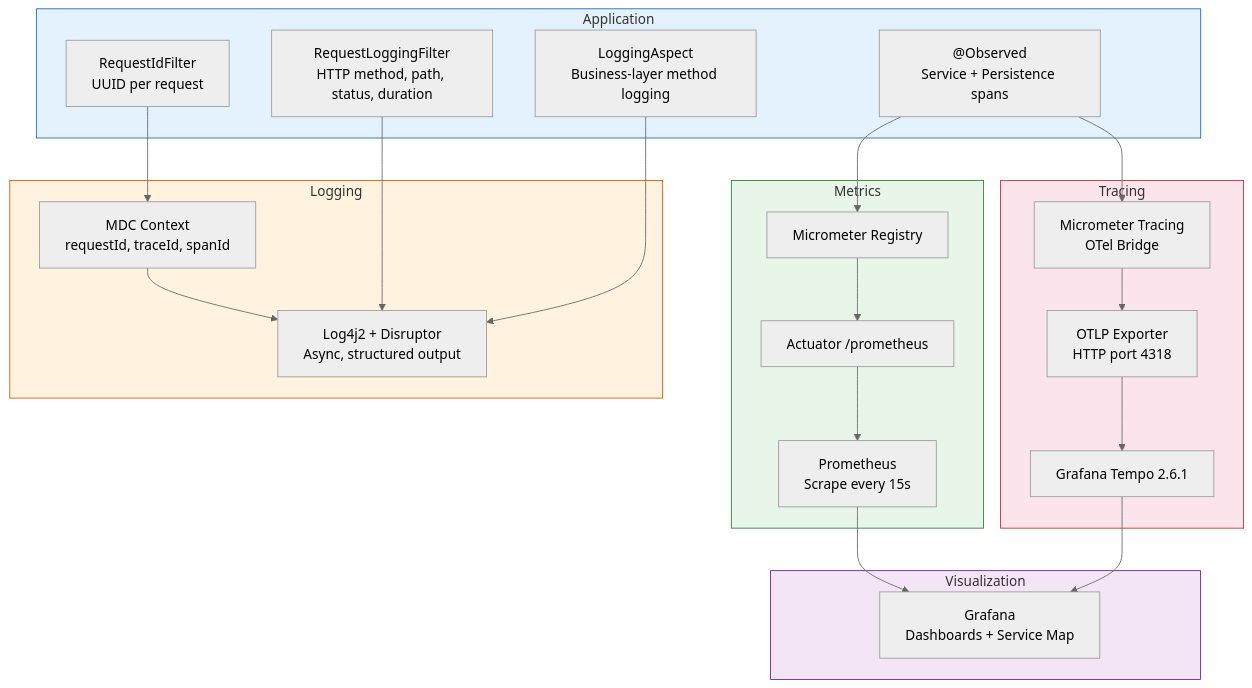
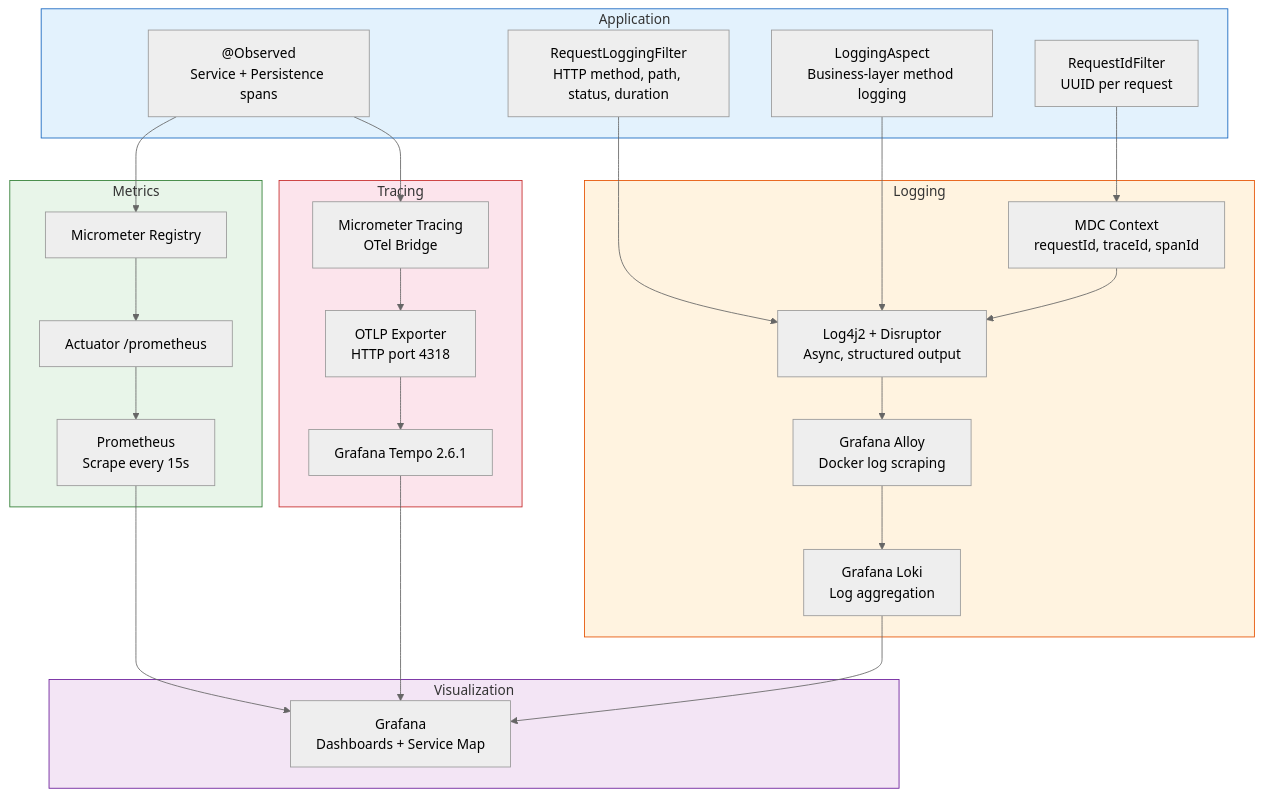
One commit to dryst0/employee-api changed the diagram in docs/observability.md. Above: the diagram before and after it, drawn with Mermaid (neutral theme). The commit also changed other lines of this file and 3 other files, not shown here.

First line of the commit message:
feat(observability): add centralized logging with Loki and Alloy

````diff
--- a/docs/observability.md
+++ b/docs/observability.md
@@ -5,52 +5,57 @@
 ```mermaid
 flowchart TD
     subgraph Application
         REQ_FILTER[RequestIdFilter<br/>UUID per request]
         LOG_FILTER[RequestLoggingFilter<br/>HTTP method, path, status, duration]
         LOG_ASPECT[LoggingAspect<br/>Business-layer method logging]
         OBSERVED["@Observed<br/>Service + Persistence spans"]
     end
 
     subgraph Logging
         LOG4J2[Log4j2 + Disruptor<br/>Async, structured output]
         MDC[MDC Context<br/>requestId, traceId, spanId]
+        ALLOY[Grafana Alloy<br/>Docker log scraping]
+        LOKI[Grafana Loki<br/>Log aggregation]
     end
 
     subgraph Metrics
         MICROMETER[Micrometer Registry]
         ACTUATOR[Actuator /prometheus]
         PROMETHEUS[Prometheus<br/>Scrape every 15s]
     end
 
     subgraph Tracing
         OTEL_BRIDGE[Micrometer Tracing<br/>OTel Bridge]
         OTLP[OTLP Exporter<br/>HTTP port 4318]
         TEMPO[Grafana Tempo 2.6.1]
     end
 
     subgraph Visualization
         GRAFANA[Grafana<br/>Dashboards + Service Map]
     end
 
     REQ_FILTER --> MDC
     LOG_FILTER --> LOG4J2
     LOG_ASPECT --> LOG4J2
     MDC --> LOG4J2
+    LOG4J2 --> ALLOY
+    ALLOY --> LOKI
 
     OBSERVED --> MICROMETER
     MICROMETER --> ACTUATOR
     ACTUATOR --> PROMETHEUS
 
     OBSERVED --> OTEL_BRIDGE
     OTEL_BRIDGE --> OTLP
     OTLP --> TEMPO
 
     PROMETHEUS --> GRAFANA
     TEMPO --> GRAFANA
+    LOKI --> GRAFANA
 
     style Application fill:#e3f2fd,stroke:#1565c0
     style Logging fill:#fff3e0,stroke:#e65100
     style Metrics fill:#e8f5e9,stroke:#2e7d32
     style Tracing fill:#fce4ec,stroke:#c62828
     style Visualization fill:#f3e5f5,stroke:#6a1b9a
 ```
````
